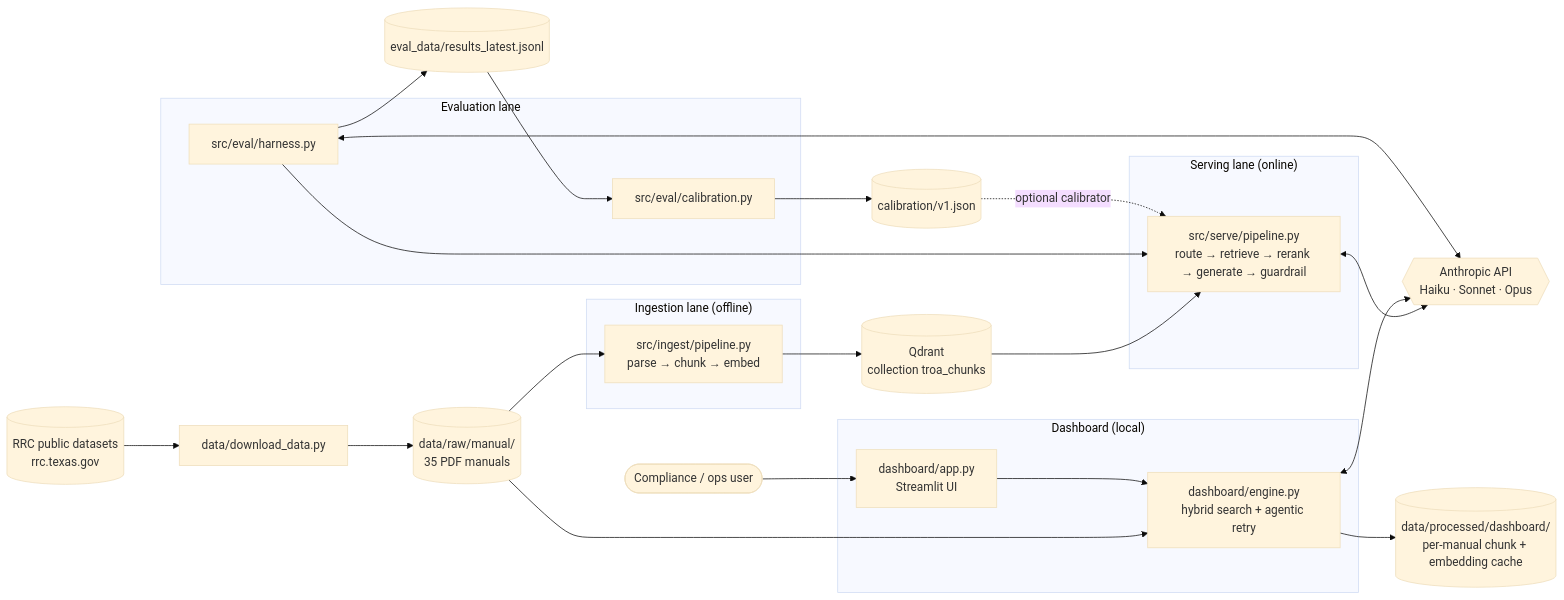
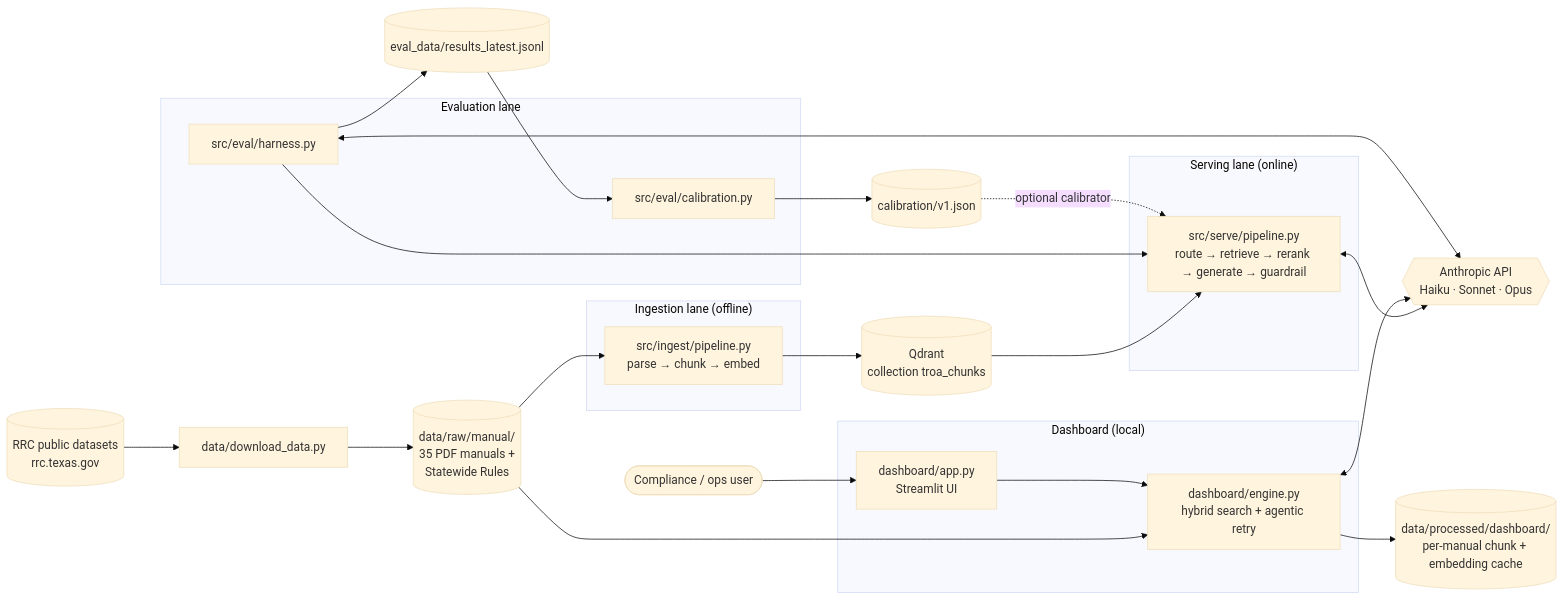
One commit to drealchux/troa changed the first of 9 diagrams in ARCHITECTURE.md. Above: the diagram before and after it, drawn with Mermaid (base theme). The commit also changed other lines of this file and 18 other files, not shown here.

````diff
--- a/ARCHITECTURE.md
+++ b/ARCHITECTURE.md
@@ -36,43 +36,43 @@
 ```mermaid
 flowchart LR
     RRC[("RRC public datasets<br/>rrc.texas.gov")]
     DL["data/download_data.py"]
-    RAW[("data/raw/manual/<br/>35 PDF manuals")]
+    RAW[("data/raw/manual/<br/>35 PDF manuals +<br/>Statewide Rules")]
 
     subgraph INGEST["Ingestion lane (offline)"]
         ING["src/ingest/pipeline.py<br/>parse → chunk → embed"]
     end
 
     QD[("Qdrant<br/>collection troa_chunks")]
     DCACHE[("data/processed/dashboard/<br/>per-manual chunk + embedding cache")]
 
     subgraph SERVE["Serving lane (online)"]
         PIPE["src/serve/pipeline.py<br/>route → retrieve → rerank → generate → guardrail"]
     end
 
     subgraph DASH["Dashboard (local)"]
         APP["dashboard/app.py<br/>Streamlit UI"]
         ENG["dashboard/engine.py<br/>hybrid search + agentic retry"]
     end
 
     subgraph EVAL["Evaluation lane"]
         HAR["src/eval/harness.py"]
         CAL["src/eval/calibration.py"]
     end
 
     ANT{{"Anthropic API<br/>Haiku · Sonnet · Opus"}}
     USER(["Compliance / ops user"])
 
     RRC --> DL --> RAW
     RAW --> ING --> QD
     RAW --> ENG --> DCACHE
     QD --> PIPE
     USER --> APP --> ENG
     PIPE <--> ANT
     ENG <--> ANT
     HAR --> PIPE
     HAR <--> ANT
     HAR --> RES[("eval_data/results_latest.jsonl")]
     RES --> CAL --> CALJ[("calibration/v1.json")]
     CALJ -. "optional calibrator" .-> PIPE
 ```
````
